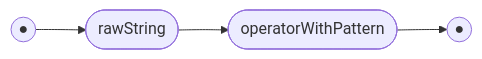
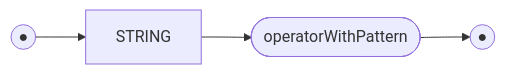
Diagram 36 of 59 in docs/railroad.md (billhails/CEKF), drawn with Mermaid before and after one commit. The commit also changed other lines of this file, not shown here.

````diff
--- a/docs/railroad.md
+++ b/docs/railroad.md
@@ -519,6 +556,6 @@
 ```mermaid
 flowchart LR
 s(("●"))
 e(("●"))
-s --> str([rawString]) --> owp([operatorWithPattern]) --> e
+s --> STRING --> owp([operatorWithPattern]) --> e
 ```
````
